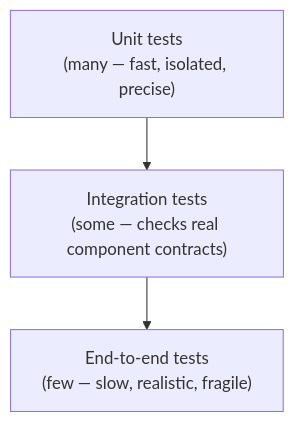
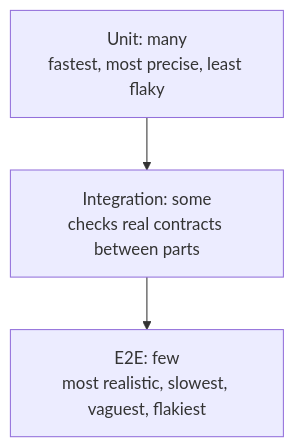
The first of 2 diagrams in src/content/testing-quality/test-pyramid/L2-concept.mdx (francoandreDev/knowledge), drawn with Mermaid before and after one commit. The commit also changed other lines of this file and 19 other files, not shown here.

````diff
--- a/src/content/testing-quality/test-pyramid/L2-concept.mdx
+++ b/src/content/testing-quality/test-pyramid/L2-concept.mdx
@@ -43,7 +55,7 @@
 ```mermaid
 flowchart TD
-    E2E["End-to-end tests\n(few — slow, realistic, fragile)"]
-    Integration["Integration tests\n(some — checks real component contracts)"]
-    Unit["Unit tests\n(many — fast, isolated, precise)"]
-    Unit --> Integration --> E2E
+    E["E2E: few<br/>most realistic, slowest, vaguest, flakiest"]
+    I["Integration: some<br/>checks real contracts between parts"]
+    U["Unit: many<br/>fastest, most precise, least flaky"]
+    U --> I --> E
 ```
````
